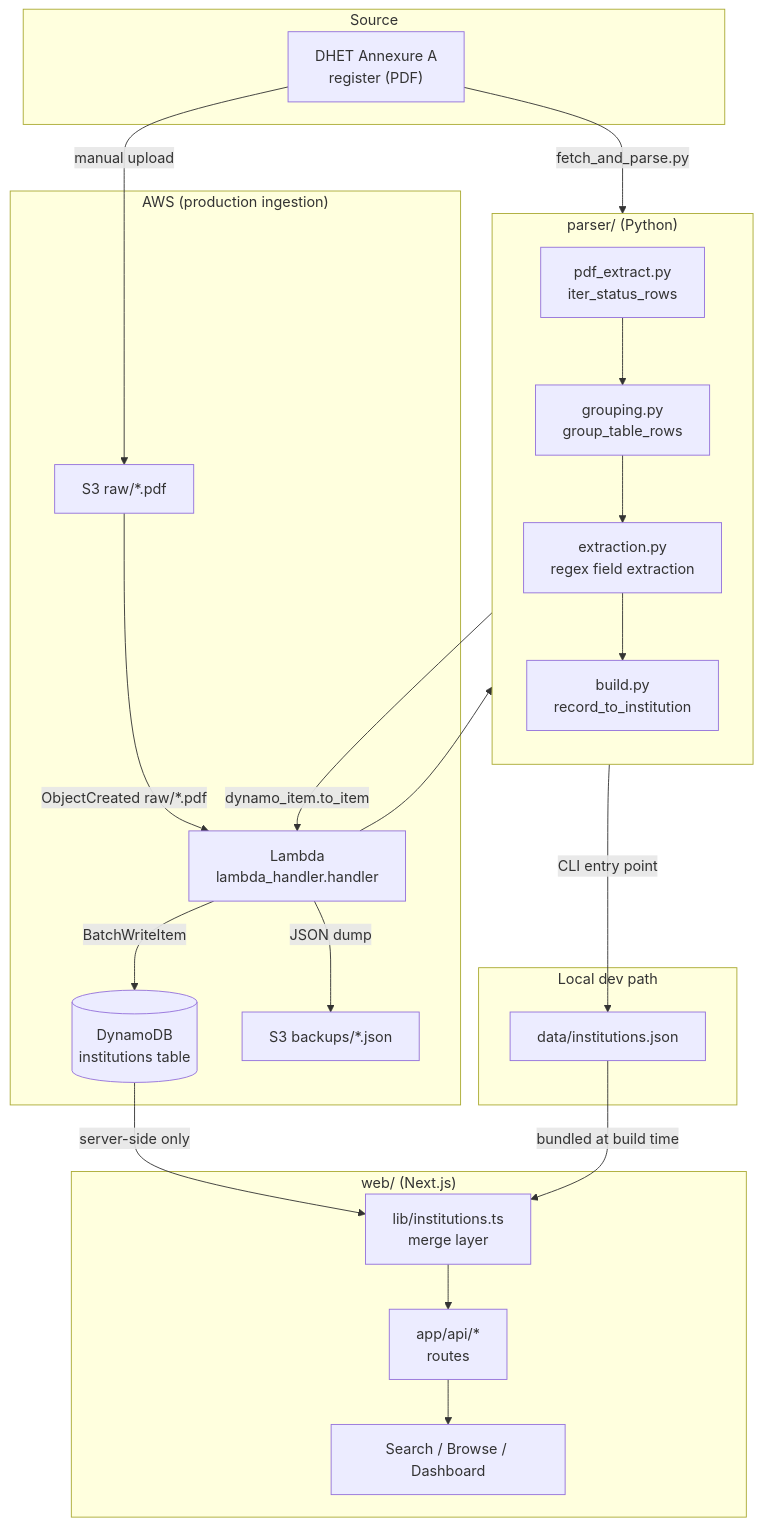
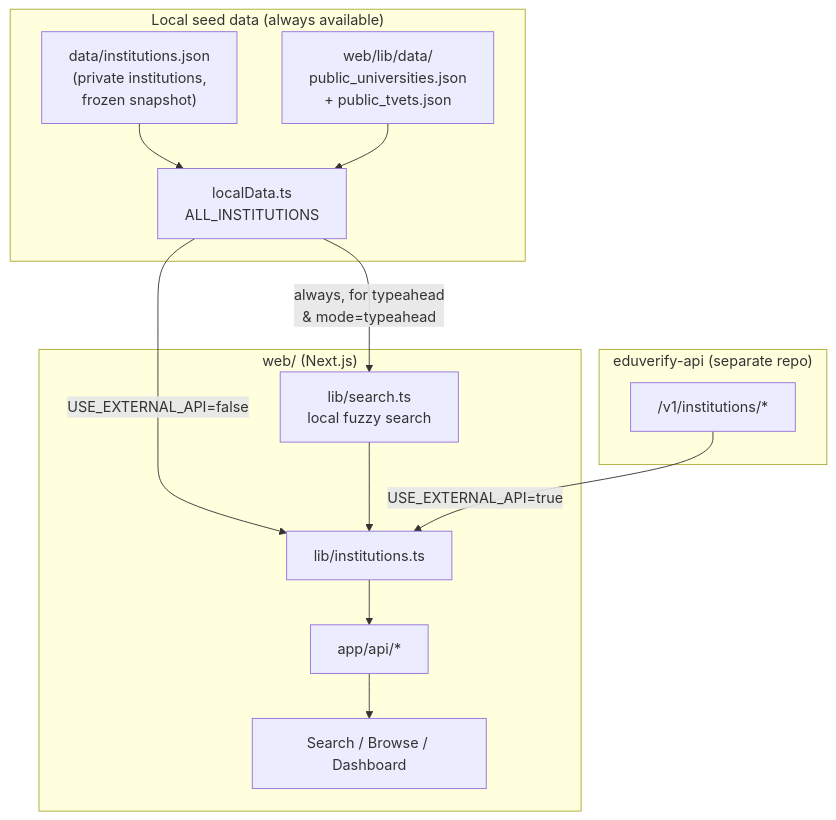
The first of 2 diagrams in README.md (yangakandeni/eduverify), drawn with Mermaid before and after one commit. The commit also changed other lines of this file and 80 other files, not shown here.

````diff
--- a/README.md
+++ b/README.md
@@ -26,46 +25,27 @@
 ```mermaid
 flowchart TB
-    subgraph SRC["Source"]
-        PDF["DHET Annexure A\nregister (PDF)"]
+    subgraph LOCAL["Local seed data (always available)"]
+        JSON["data/institutions.json\n(private institutions,\nfrozen snapshot)"]
+        PUB["web/lib/data/\npublic_universities.json\n+ public_tvets.json"]
+        ALL["localData.ts\nALL_INSTITUTIONS"]
+        JSON --> ALL
+        PUB --> ALL
     end
 
-    subgraph PARSER["parser/ (Python)"]
-        direction TB
-        P1["pdf_extract.py\niter_status_rows"]
-        P2["grouping.py\ngroup_table_rows"]
-        P3["extraction.py\nregex field extraction"]
-        P4["build.py\nrecord_to_institution"]
-        P1 --> P2 --> P3 --> P4
-    end
-
-    subgraph LOCAL["Local dev path"]
-        JSON["data/institutions.json"]
-    end
-
-    subgraph AWS["AWS (production ingestion)"]
-        S3["S3 raw/*.pdf"]
-        LAMBDA["Lambda\nlambda_handler.handler"]
-        DDB[("DynamoDB\ninstitutions table")]
-        BACKUP["S3 backups/*.json"]
+    subgraph API["eduverify-api (separate repo)"]
+        EAPI["/v1/institutions/*"]
     end
 
     subgraph WEBAPP["web/ (Next.js)"]
-        LIB["lib/institutions.ts\nmerge layer"]
-        API["app/api/*\nroutes"]
+        LIB["lib/institutions.ts"]
+        SEARCH["lib/search.ts\nlocal fuzzy search"]
+        ROUTES["app/api/*"]
         UI["Search / Browse / Dashboard"]
     end
 
-    PDF -->|fetch_and_parse.py| P1
-    P4 -->|CLI entry point| JSON
-    JSON -->|bundled at build time| LIB
-
-    PDF -->|manual upload| S3
-    S3 -->|ObjectCreated raw/*.pdf| LAMBDA
-    LAMBDA --> P1
-    P4 -->|dynamo_item.to_item| LAMBDA
-    LAMBDA -->|BatchWriteItem| DDB
-    LAMBDA -->|JSON dump| BACKUP
-
-    DDB -->|server-side only| LIB
-    LIB --> API --> UI
+    ALL -->|"always, for typeahead\n& mode=typeahead"| SEARCH
+    ALL -->|"USE_EXTERNAL_API=false"| LIB
+    SEARCH --> LIB
+    EAPI -->|"USE_EXTERNAL_API=true"| LIB
+    LIB --> ROUTES --> UI
 ```
````
